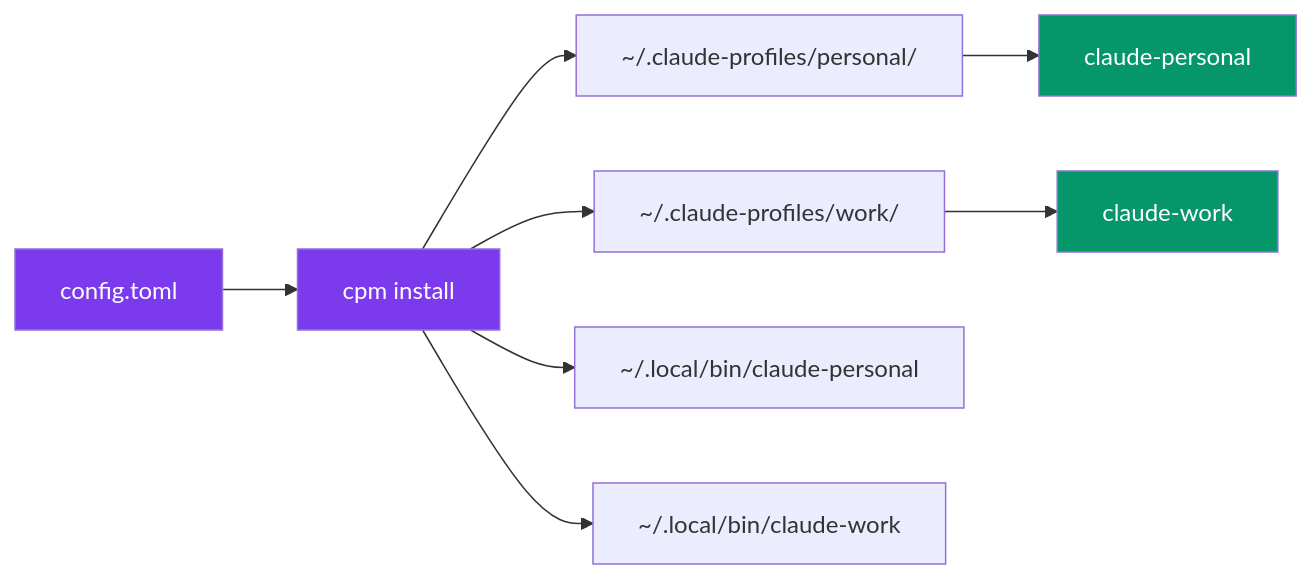
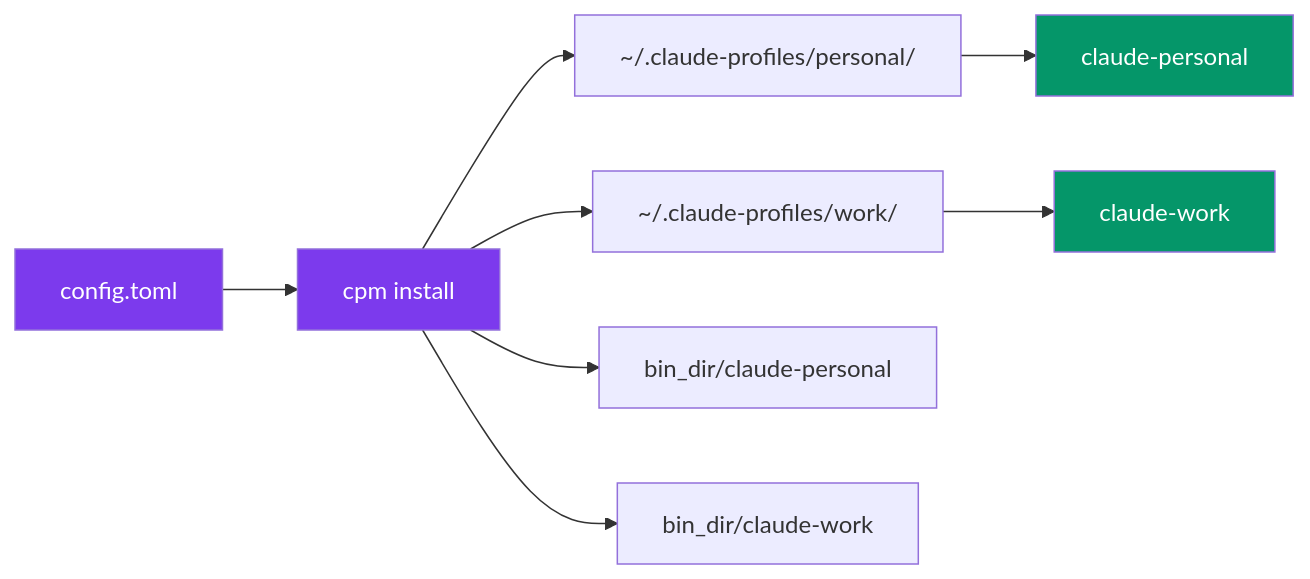
Before and after one commit to silicondawn/cpm: the first of 2 diagrams in README.md, drawn with Mermaid. The commit also changed other lines of this file and 1 other file, not shown here.

````diff
--- a/README.md
+++ b/README.md
@@ -38,15 +38,15 @@
 ```mermaid
 flowchart LR
     A["config.toml"] --> B["cpm install"]
     B --> C["~/.claude-profiles/personal/"]
     B --> D["~/.claude-profiles/work/"]
-    B --> E["~/.local/bin/claude-personal"]
-    B --> F["~/.local/bin/claude-work"]
+    B --> E["bin_dir/claude-personal"]
+    B --> F["bin_dir/claude-work"]
     C --> G["claude-personal"]
     D --> H["claude-work"]
 
     style A fill:#7c3aed,color:#fff
     style B fill:#7c3aed,color:#fff
     style G fill:#059669,color:#fff
     style H fill:#059669,color:#fff
 ```
````
